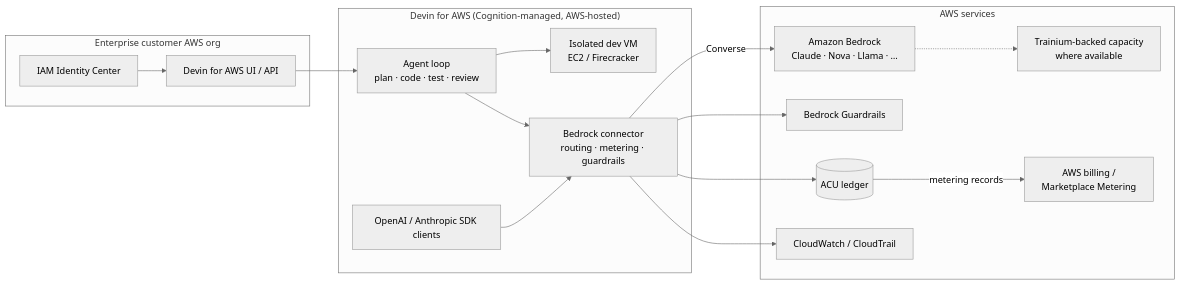
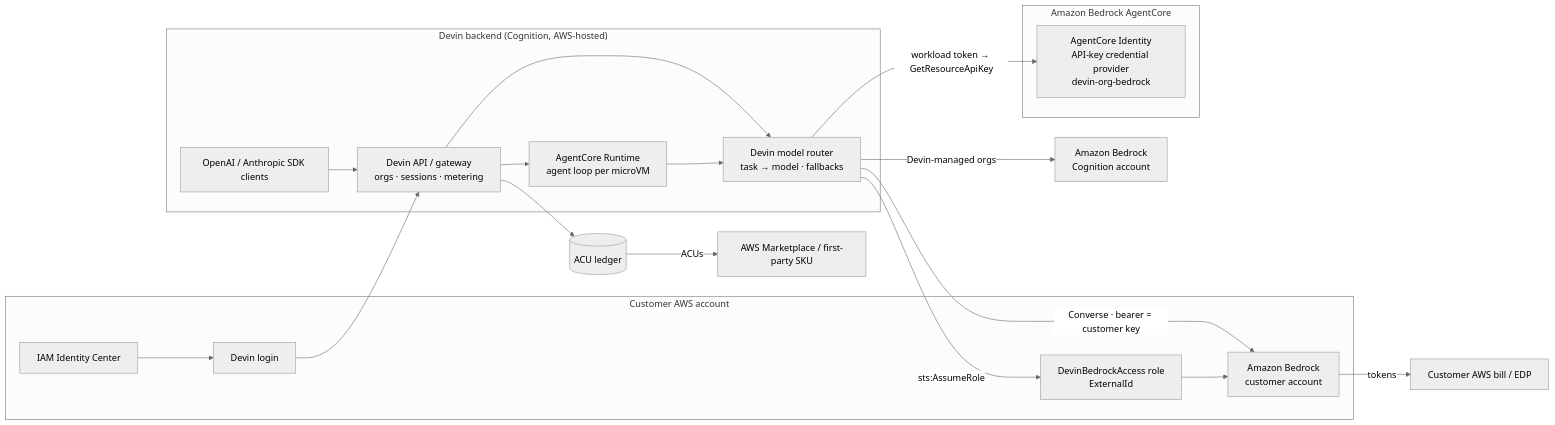
One commit to akkalra/devin-for-aws-bedrock-connector changed the diagram in docs/architecture.md. Above: the diagram before and after it, drawn with Mermaid (neutral theme). The commit also changed other lines of this file and 24 other files, not shown here.

Commit message:
Devin backend on Bedrock + AgentCore: org login, customer Bedrock keys in AgentCore Identity, Devin-managed routing with fallbacks, AgentCore Runtime sessions

````diff
--- a/docs/architecture.md
+++ b/docs/architecture.md
@@ -3,20 +3,24 @@
 ```mermaid
 flowchart LR
-  subgraph Customer["Enterprise customer AWS org"]
-    IDC[IAM Identity Center] --> UI[Devin for AWS UI / API]
+  subgraph Customer["Customer AWS account"]
+    IDC[IAM Identity Center] --> UI[Devin login]
+    CBR[Amazon Bedrock<br/>customer account]
+    ROLE[DevinBedrockAccess role<br/>ExternalId]
   end
-  subgraph Devin["Devin for AWS (Cognition-managed, AWS-hosted)"]
-    UI --> Loop[Agent loop<br/>plan · code · test · review]
-    Loop --> Sandbox[Isolated dev VM<br/>EC2 / Firecracker]
-    Loop --> GW[Bedrock connector<br/>routing · metering · guardrails]
-    Clients[OpenAI / Anthropic SDK clients] --> GW
+  subgraph Devin["Devin backend (Cognition, AWS-hosted)"]
+    UI --> API[Devin API / gateway<br/>orgs · sessions · metering]
+    API --> RT[Devin model router<br/>task → model · fallbacks]
+    API --> ACR[AgentCore Runtime<br/>agent loop per microVM]
+    ACR --> RT
+    Clients[OpenAI / Anthropic SDK clients] --> API
   end
-  subgraph AWS["AWS services"]
-    GW -->|Converse| BR[Amazon Bedrock<br/>Claude · Nova · Llama · …]
-    BR -.-> TRN[Trainium-backed capacity<br/>where available]
-    GW --> GR[Bedrock Guardrails]
-    GW --> LED[(ACU ledger)]
-    LED -->|metering records| BILL[AWS billing /<br/>Marketplace Metering]
-    GW --> CW[CloudWatch / CloudTrail]
+  subgraph AC["Amazon Bedrock AgentCore"]
+    ACI[AgentCore Identity<br/>API-key credential provider<br/>devin-org-bedrock]
   end
+  RT -->|workload token → GetResourceApiKey| ACI
+  RT -->|Converse · bearer = customer key| CBR
+  RT -->|sts:AssumeRole| ROLE --> CBR
+  RT -->|Devin-managed orgs| DBR[Amazon Bedrock<br/>Cognition account]
+  API --> LED[(ACU ledger)] -->|ACUs| BILL[AWS Marketplace / first-party SKU]
+  CBR -->|tokens| CBILL[Customer AWS bill / EDP]
 ```
````
